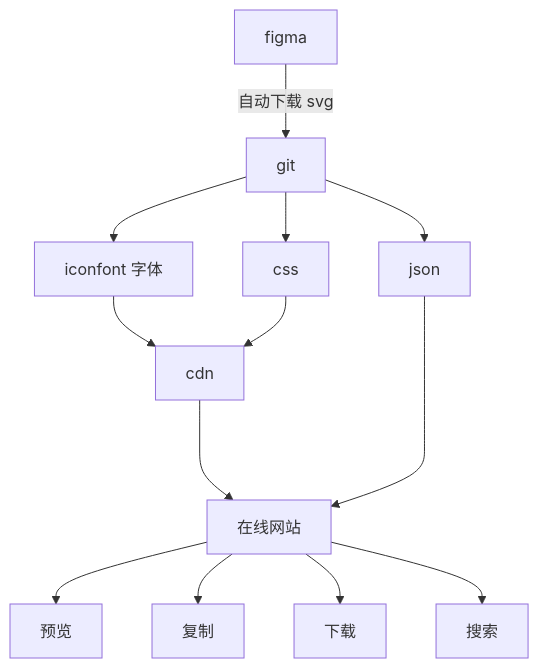
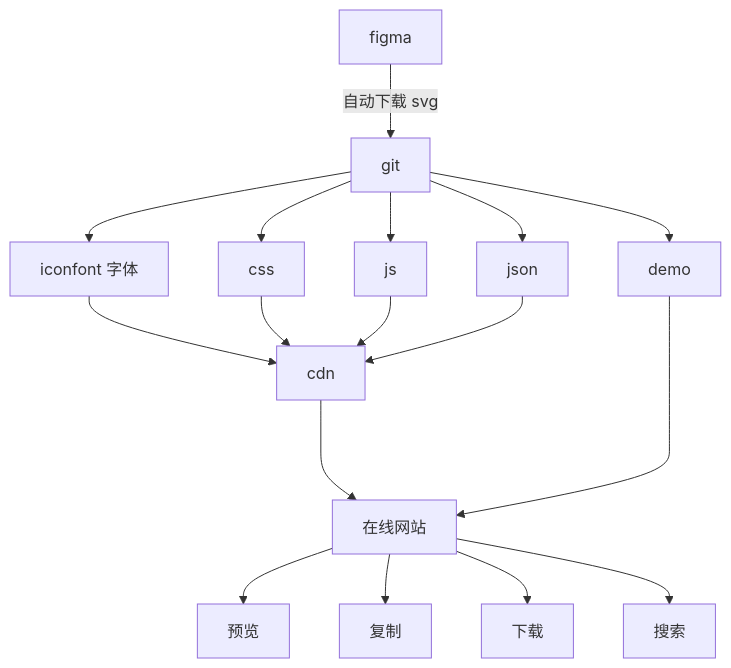
One commit to novlan1/notes changed the fourth of 5 diagrams in docs/work/121.ai-all-asset.md. Above: the diagram before and after it, drawn with Mermaid. The commit also changed other lines of this file, not shown here.

````diff
--- a/docs/work/121.ai-all-asset.md
+++ b/docs/work/121.ai-all-asset.md
@@ -63,17 +80,24 @@
 ```mermaid
 graph TD
 figma --自动下载 svg--> git
 git --> json["json"]
 git --> iconfont["iconfont 字体"]
 iconfont --> cdn
 git --> css
+
+git --> js
 css --> cdn
+js --> cdn
+json --> cdn
 cdn --> 在线网站
-json ----> 在线网站
+
+git --> demo
+
+demo ----> 在线网站
+
 
 在线网站 --> 预览
 在线网站 --> 复制
 在线网站 --> 下载
 在线网站 --> 搜索
-
 ```
````
